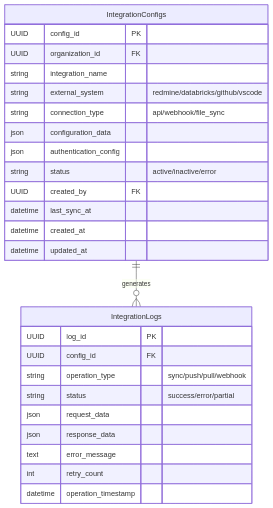
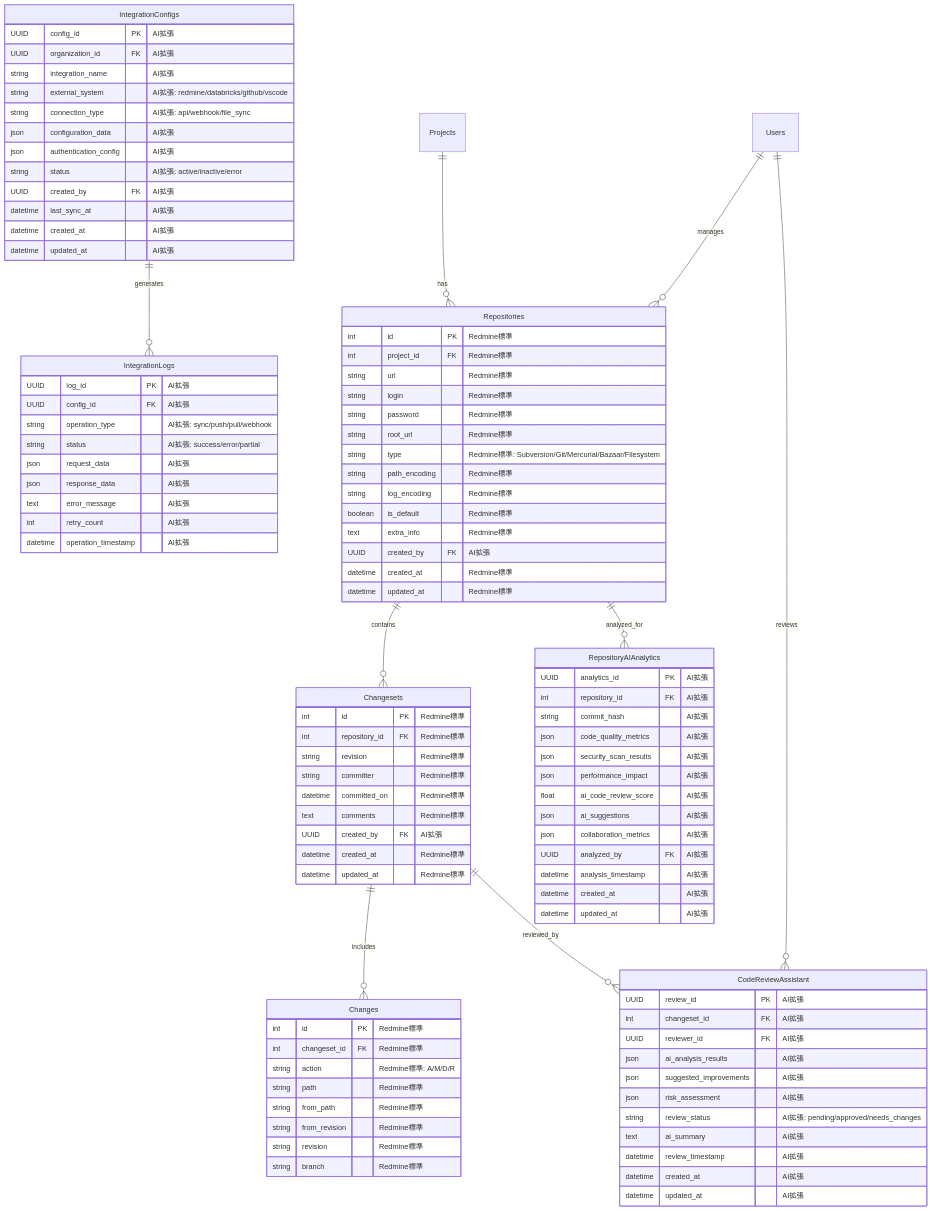
One commit to daichiTAAA/AgentOpsPlatform changed diagram 15 of 16 in docs/030000_設計/035000_データ設計/035010_ER図.md. Above: the diagram before and after it, drawn with Mermaid. The commit also changed other lines of this file, not shown here.

````diff
--- a/docs/030000_設計/035000_データ設計/035010_ER図.md
+++ b/docs/030000_設計/035000_データ設計/035010_ER図.md
@@ -818,31 +969,111 @@
 ```mermaid
 erDiagram
     IntegrationConfigs {
-        UUID config_id PK
-        UUID organization_id FK
-        string integration_name
-        string external_system "redmine/databricks/github/vscode"
-        string connection_type "api/webhook/file_sync"
-        json configuration_data
-        json authentication_config
-        string status "active/inactive/error"
-        UUID created_by FK
-        datetime last_sync_at
-        datetime created_at
-        datetime updated_at
+        UUID config_id PK "AI拡張"
+        UUID organization_id FK "AI拡張"
+        string integration_name "AI拡張"
+        string external_system "AI拡張: redmine/databricks/github/vscode"
+        string connection_type "AI拡張: api/webhook/file_sync"
+        json configuration_data "AI拡張"
+        json authentication_config "AI拡張"
+        string status "AI拡張: active/inactive/error"
+        UUID created_by FK "AI拡張"
+        datetime last_sync_at "AI拡張"
+        datetime created_at "AI拡張"
+        datetime updated_at "AI拡張"
     }
     
     IntegrationLogs {
-        UUID log_id PK
-        UUID config_id FK
-        string operation_type "sync/push/pull/webhook"
-        string status "success/error/partial"
-        json request_data
-        json response_data
-        text error_message
-        int retry_count
-        datetime operation_timestamp
+        UUID log_id PK "AI拡張"
+        UUID config_id FK "AI拡張"
+        string operation_type "AI拡張: sync/push/pull/webhook"
+        string status "AI拡張: success/error/partial"
+        json request_data "AI拡張"
+        json response_data "AI拡張"
+        text error_message "AI拡張"
+        int retry_count "AI拡張"
+        datetime operation_timestamp "AI拡張"
     }
     
+    %% Redmine基盤: バージョン管理統合
+    Repositories {
+        int id PK "Redmine標準"
+        int project_id FK "Redmine標準"
+        string url "Redmine標準"
+        string login "Redmine標準"
+        string password "Redmine標準"
+        string root_url "Redmine標準"
+        string type "Redmine標準: Subversion/Git/Mercurial/Bazaar/Filesystem"
+        string path_encoding "Redmine標準"
+        string log_encoding "Redmine標準"
+        boolean is_default "Redmine標準"
+        text extra_info "Redmine標準"
+        UUID created_by FK "AI拡張"
+        datetime created_at "Redmine標準"
+        datetime updated_at "Redmine標準"
+    }
+    
+    Changesets {
+        int id PK "Redmine標準"
+        int repository_id FK "Redmine標準"
+        string revision "Redmine標準"
+        string committer "Redmine標準"
+        datetime committed_on "Redmine標準"
+        text comments "Redmine標準"
+        UUID created_by FK "AI拡張"
+        datetime created_at "Redmine標準"
+        datetime updated_at "Redmine標準"
+    }
+    
+    Changes {
+        int id PK "Redmine標準"
+        int changeset_id FK "Redmine標準"
+        string action "Redmine標準: A/M/D/R"
+        string path "Redmine標準"
+        string from_path "Redmine標準"
+        string from_revision "Redmine標準"
+        string revision "Redmine標準"
+        string branch "Redmine標準"
+    }
+    
+    %% AI拡張: リポジトリ統合AI機能
+    RepositoryAIAnalytics {
+        UUID analytics_id PK "AI拡張"
+        int repository_id FK "AI拡張"
+        string commit_hash "AI拡張"
+        json code_quality_metrics "AI拡張"
+        json security_scan_results "AI拡張"
+        json performance_impact "AI拡張"
+        float ai_code_review_score "AI拡張"
+        json ai_suggestions "AI拡張"
+        json collaboration_metrics "AI拡張"
+        UUID analyzed_by FK "AI拡張"
+        datetime analysis_timestamp "AI拡張"
+        datetime created_at "AI拡張"
+        datetime updated_at "AI拡張"
+    }
+    
+    CodeReviewAssistant {
+        UUID review_id PK "AI拡張"
+        int changeset_id FK "AI拡張"
+        UUID reviewer_id FK "AI拡張"
+        json ai_analysis_results "AI拡張"
+        json suggested_improvements "AI拡張"
+        json risk_assessment "AI拡張"
+        string review_status "AI拡張: pending/approved/needs_changes"
+        text ai_summary "AI拡張"
+        datetime review_timestamp "AI拡張"
+        datetime created_at "AI拡張"
+        datetime updated_at "AI拡張"
+    }
+    
+    %% リレーション関係
     IntegrationConfigs ||--o{ IntegrationLogs : generates
+    Projects ||--o{ Repositories : has
+    Repositories ||--o{ Changesets : contains
+    Changesets ||--o{ Changes : includes
+    Users ||--o{ Repositories : manages
+    Repositories ||--o{ RepositoryAIAnalytics : analyzed_for
+    Changesets ||--o{ CodeReviewAssistant : reviewed_by
+    Users ||--o{ CodeReviewAssistant : reviews
 ```
````
